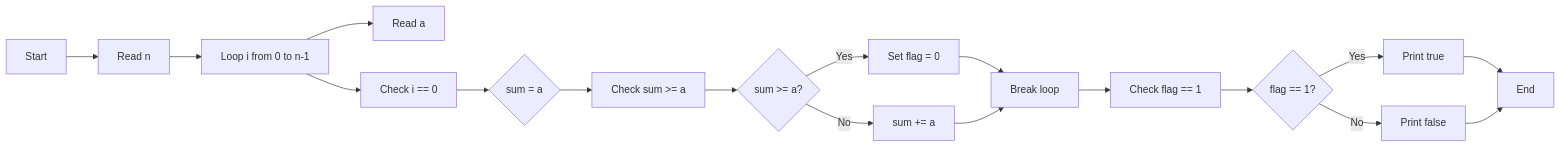
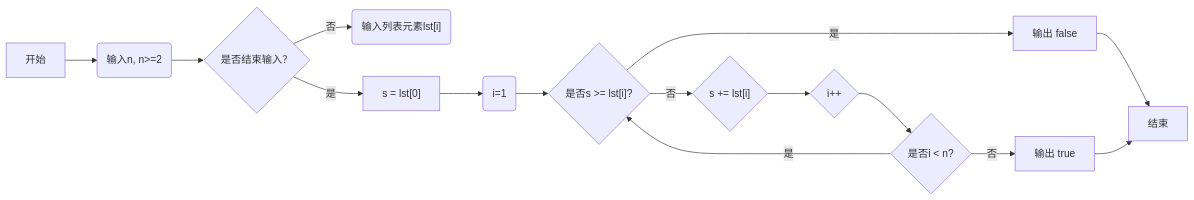
Before and after one commit to GMyhf/2024fall-cs101: the third of 3 diagrams in written_exam/written_exam_20241210.md, drawn with Mermaid. The commit also changed other lines of this file, not shown here.

````diff
--- a/written_exam/written_exam_20241210.md
+++ b/written_exam/written_exam_20241210.md
@@ -3930,20 +3798,17 @@
 ```mermaid
-graph LR
-    A[Start] --> B[Read n]
-    B --> C[Loop i from 0 to n-1]
-    C --> D[Read a]
-    C --> E[Check i == 0]
-    E --> F{sum = a}
-    F --> G[Check sum >= a]
-    G --> H{sum >= a?}
-    H --> |Yes| I[Set flag = 0]
-    H --> |No| J[sum += a]
-    I --> K[Break loop]
-    J --> K
-    K --> L[Check flag == 1]
-    L --> M{flag == 1?}
-    M --> |Yes| N[Print true]
-    M --> |No| O[Print false]
-    N --> P[End]
-    O --> P
+graph LR;
+    A[开始] --> B(输入n, n>=2);
+    B --> C{是否结束输入？};
+    C -- "否" --> D("输入列表元素lst[i]");
+    C -- "是" --> E["s = lst[0]"];
+    E --> F(i=1);
+    F --> G{"是否s >= lst[i]?"};
+    G -- "是" --> H[输出 false];
+    G -- "否" --> I{"s += lst[i]"};
+    I --> J{i++};
+    J --> K{是否i < n?};
+    K -- "是" --> G;
+    K -- "否" --> L[输出 true];
+    H --> M[结束];
+    L --> M;
 ```
````
